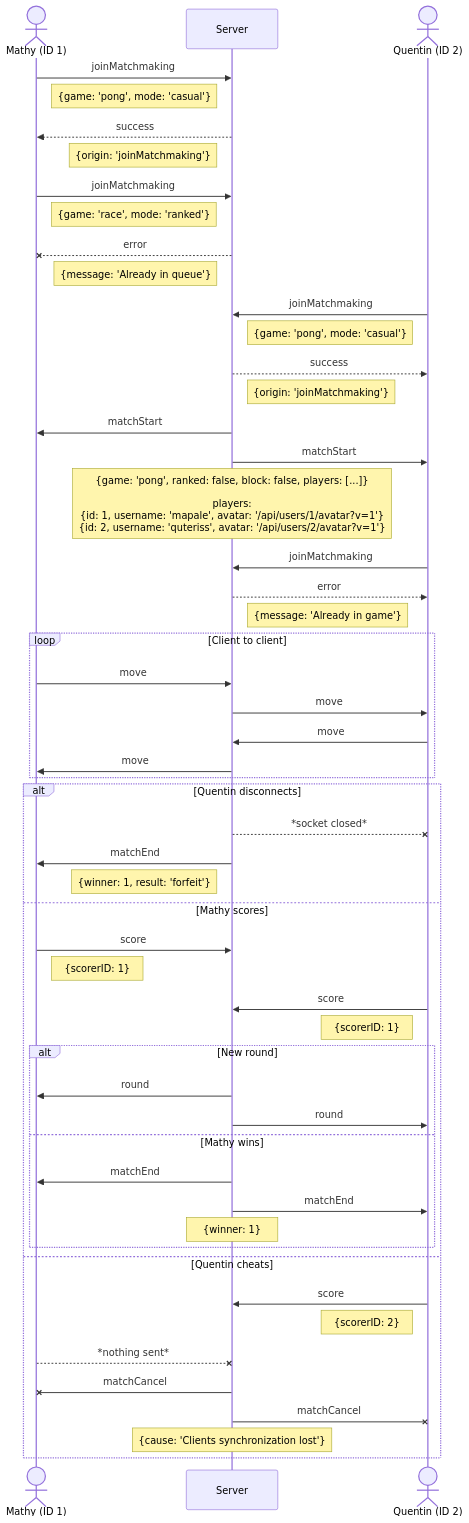
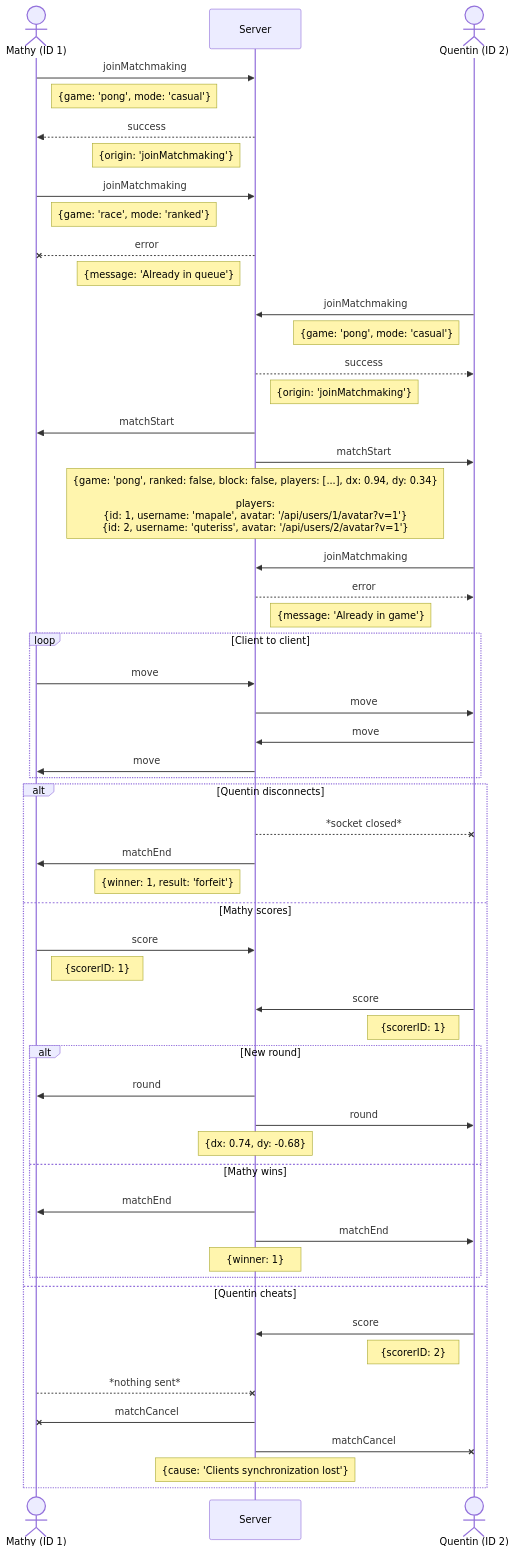
The diagram in docs/WebSocket/match.md (deydoux/42cursus-ft_transcendence), drawn with Mermaid before and after one commit. The commit also changed 1 other file, not shown here.

Commit message:
Update match and game invite diagrams to include directional vectors

````diff
--- a/docs/WebSocket/match.md
+++ b/docs/WebSocket/match.md
@@ -3,65 +3,66 @@
 ```mermaid
 sequenceDiagram
   actor m as Mathy (ID 1)
   participant s as Server
   actor q as Quentin (ID 2)
 
   m ->> s: joinMatchmaking
   Note right of m: {game: 'pong', mode: 'casual'}
   s -->> m: success
   Note left of s: {origin: 'joinMatchmaking'}
 
   m ->> s: joinMatchmaking
   Note right of m: {game: 'race', mode: 'ranked'}
   s --x m: error
   Note left of s: {message: 'Already in queue'}
 
   q ->> s: joinMatchmaking
   Note left of q: {game: 'pong', mode: 'casual'}
   s -->> q: success
   Note right of s: {origin: 'joinMatchmaking'}
 
   s ->> m: matchStart
   s ->> q: matchStart
-  Note over s: {game: 'pong', ranked: false, block: false, players: [...]}<br><br> players:<br>{id: 1, username: 'mapale', avatar: '/api/users/1/avatar?v=1'}<br>{id: 2, username: 'quteriss', avatar: '/api/users/2/avatar?v=1'}
+  Note over s: {game: 'pong', ranked: false, block: false, players: [...], dx: 0.94, dy: 0.34}<br><br> players:<br>{id: 1, username: 'mapale', avatar: '/api/users/1/avatar?v=1'}<br>{id: 2, username: 'quteriss', avatar: '/api/users/2/avatar?v=1'}
 
   q ->> s: joinMatchmaking
   s -->> q: error
   Note right of s: {message: 'Already in game'}
 
   loop Client to client
     m ->> s: move
     s ->> q: move
     q ->> s: move
     s ->> m: move
   end
 
   alt Quentin disconnects
     s --x q: *socket closed*
     s ->> m: matchEnd
     Note left of s: {winner: 1, result: 'forfeit'}
 
   else Mathy scores
     m ->> s: score
     Note right of m: {scorerID: 1}
     q ->> s: score
     Note left of q: {scorerID: 1}
 
     alt New round
       s ->> m: round
       s ->> q: round
+      Note over s: {dx: 0.74, dy: -0.68}
     else Mathy wins
       s ->> m: matchEnd
       s ->> q: matchEnd
       Note over s: {winner: 1}
     end
 
   else Quentin cheats
     q ->> s: score
     Note left of q: {scorerID: 2}
     m --x s: *nothing sent*
     s -x m: matchCancel
     s -x q: matchCancel
     Note over s: {cause: 'Clients synchronization lost'}
   end
 ```
````
